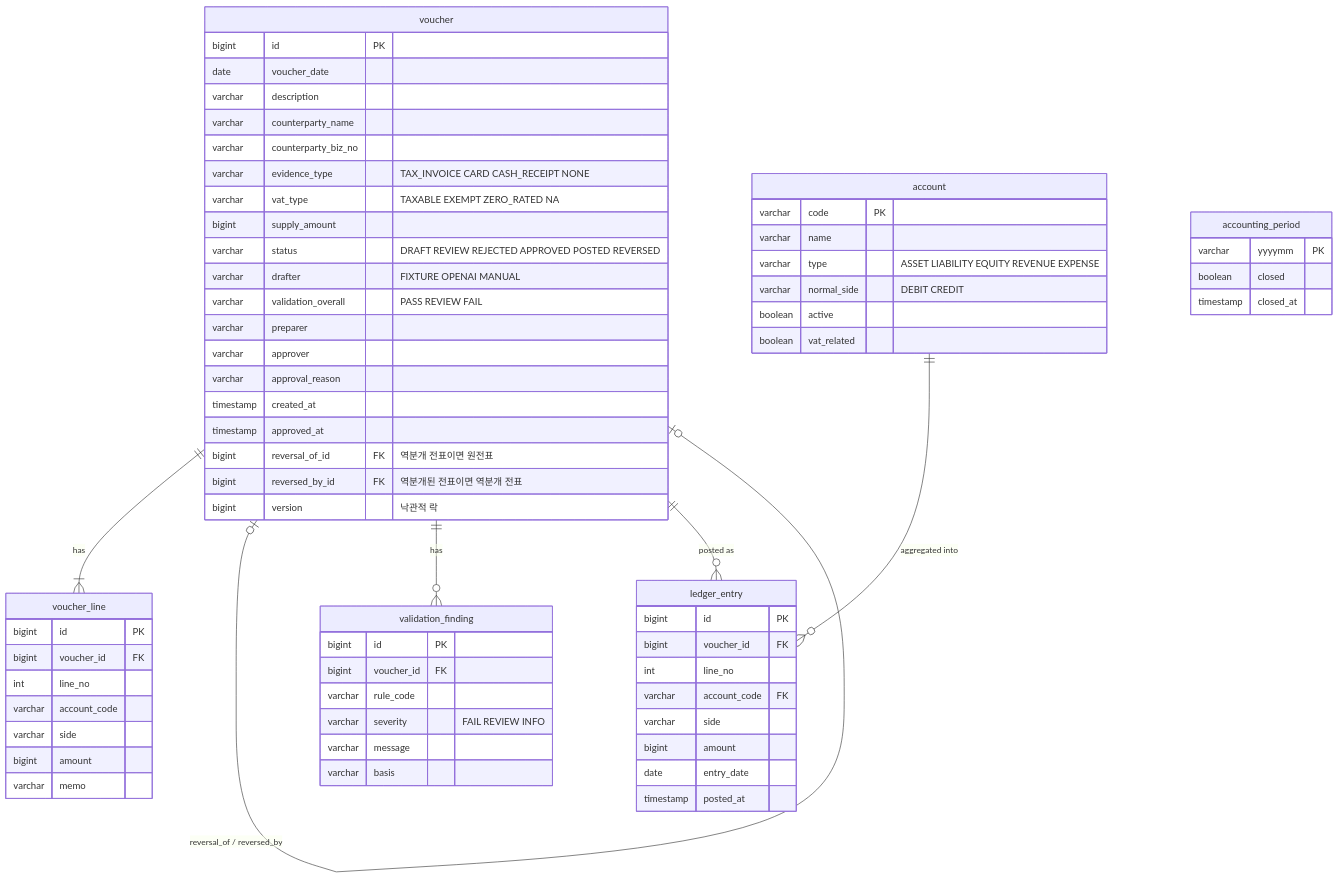
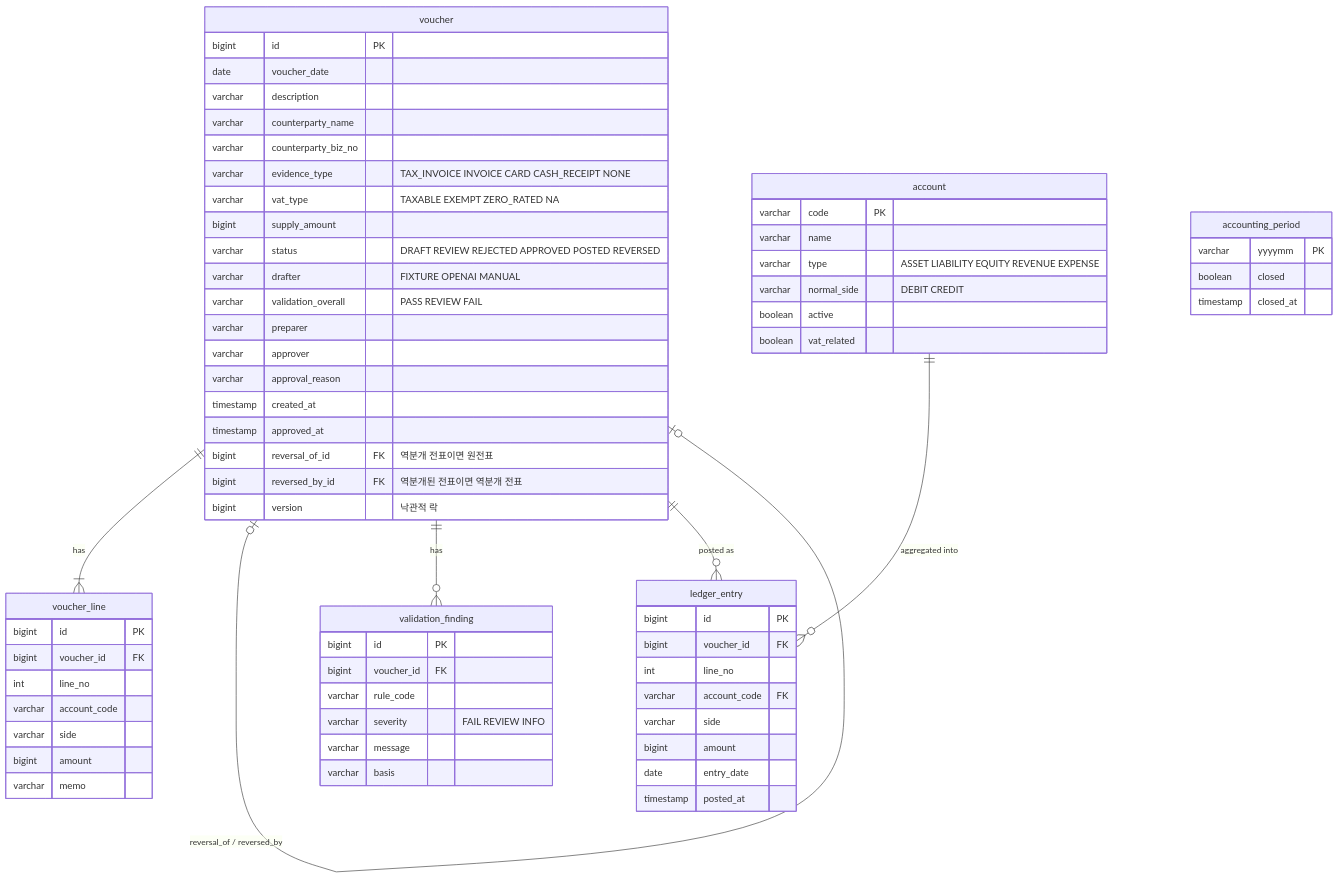
One commit to aeginventor/ledger-guard changed the second of 2 diagrams in docs/architecture.md. Above: the diagram before and after it, drawn with Mermaid. The commit also changed other lines of this file and 14 other files, not shown here.

````diff
--- a/docs/architecture.md
+++ b/docs/architecture.md
@@ -80,70 +80,70 @@
 ```mermaid
 erDiagram
     account {
         varchar code PK
         varchar name
         varchar type "ASSET LIABILITY EQUITY REVENUE EXPENSE"
         varchar normal_side "DEBIT CREDIT"
         boolean active
         boolean vat_related
     }
     voucher {
         bigint id PK
         date voucher_date
         varchar description
         varchar counterparty_name
         varchar counterparty_biz_no
-        varchar evidence_type "TAX_INVOICE CARD CASH_RECEIPT NONE"
+        varchar evidence_type "TAX_INVOICE INVOICE CARD CASH_RECEIPT NONE"
         varchar vat_type "TAXABLE EXEMPT ZERO_RATED NA"
         bigint supply_amount
         varchar status "DRAFT REVIEW REJECTED APPROVED POSTED REVERSED"
         varchar drafter "FIXTURE OPENAI MANUAL"
         varchar validation_overall "PASS REVIEW FAIL"
         varchar preparer
         varchar approver
         varchar approval_reason
         timestamp created_at
         timestamp approved_at
         bigint reversal_of_id FK "역분개 전표이면 원전표"
         bigint reversed_by_id FK "역분개된 전표이면 역분개 전표"
         bigint version "낙관적 락"
     }
     voucher_line {
         bigint id PK
         bigint voucher_id FK
         int line_no
         varchar account_code
         varchar side
         bigint amount
         varchar memo
     }
     validation_finding {
         bigint id PK
         bigint voucher_id FK
         varchar rule_code
         varchar severity "FAIL REVIEW INFO"
         varchar message
         varchar basis
     }
     accounting_period {
         varchar yyyymm PK
         boolean closed
         timestamp closed_at
     }
     ledger_entry {
         bigint id PK
         bigint voucher_id FK
         int line_no
         varchar account_code FK
         varchar side
         bigint amount
         date entry_date
         timestamp posted_at
     }
 
     voucher ||--|{ voucher_line : "has"
     voucher |o--o| voucher : "reversal_of / reversed_by"
     voucher ||--o{ validation_finding : "has"
     voucher ||--o{ ledger_entry : "posted as"
     account ||--o{ ledger_entry : "aggregated into"
 ```
````
